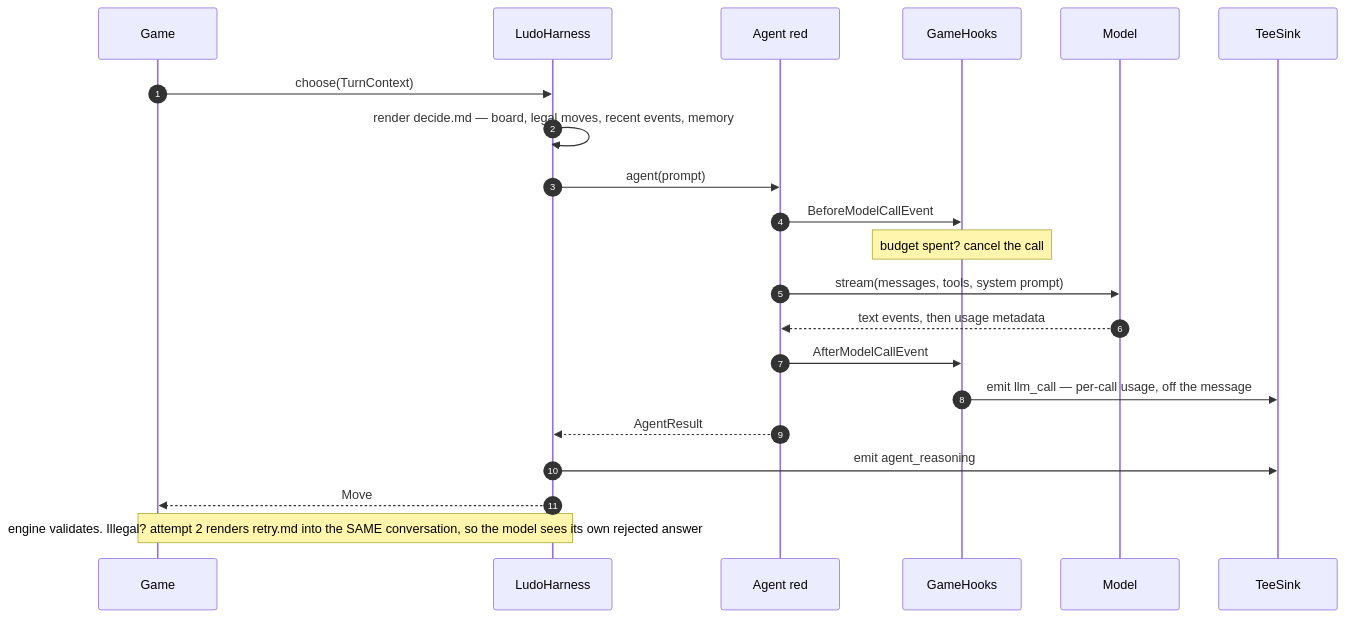
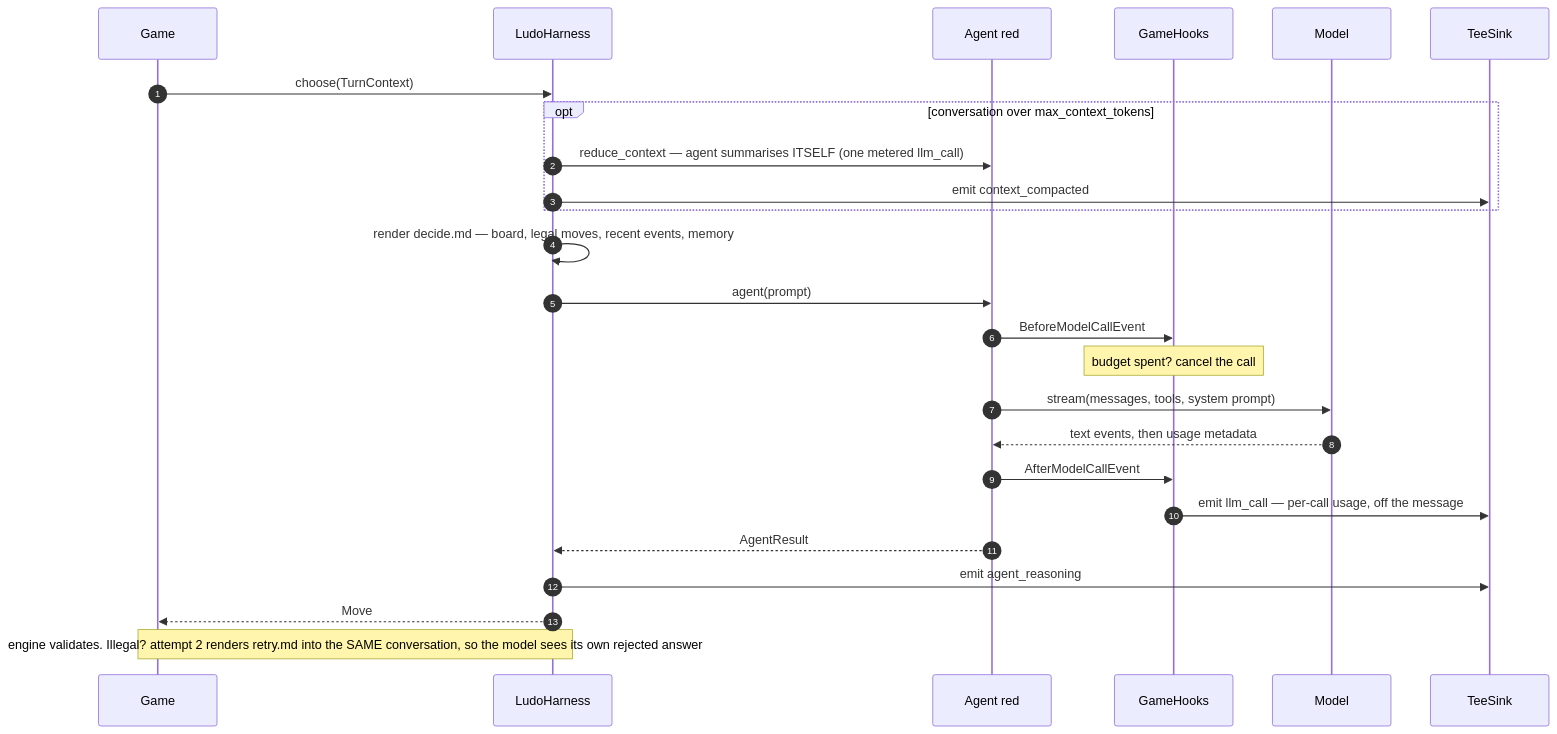
One commit to itamittech/llmeval changed diagram 16 of 17 in docs/projects/ludo/class-design.md. Above: the diagram before and after it, drawn with Mermaid. The commit also changed other lines of this file and 16 other files, not shown here.

````diff
--- a/docs/projects/ludo/class-design.md
+++ b/docs/projects/ludo/class-design.md
@@ -1097,24 +1097,28 @@
 ```mermaid
 sequenceDiagram
     autonumber
     participant G as Game
     participant H as LudoHarness
     participant A as Agent red
     participant K as GameHooks
     participant M as Model
     participant E as TeeSink
 
     G->>H: choose(TurnContext)
+    opt conversation over max_context_tokens
+        H->>A: reduce_context — agent summarises ITSELF (one metered llm_call)
+        H->>E: emit context_compacted
+    end
     H->>H: render decide.md — board, legal moves, recent events, memory
     H->>A: agent(prompt)
     A->>K: BeforeModelCallEvent
     Note over K: budget spent? cancel the call
     A->>M: stream(messages, tools, system prompt)
     M-->>A: text events, then usage metadata
     A->>K: AfterModelCallEvent
     K->>E: emit llm_call — per-call usage, off the message
     A-->>H: AgentResult
     H->>E: emit agent_reasoning
     H-->>G: Move
     Note over G,H: engine validates. Illegal? attempt 2 renders retry.md into the SAME conversation, so the model sees its own rejected answer
 ```
````
